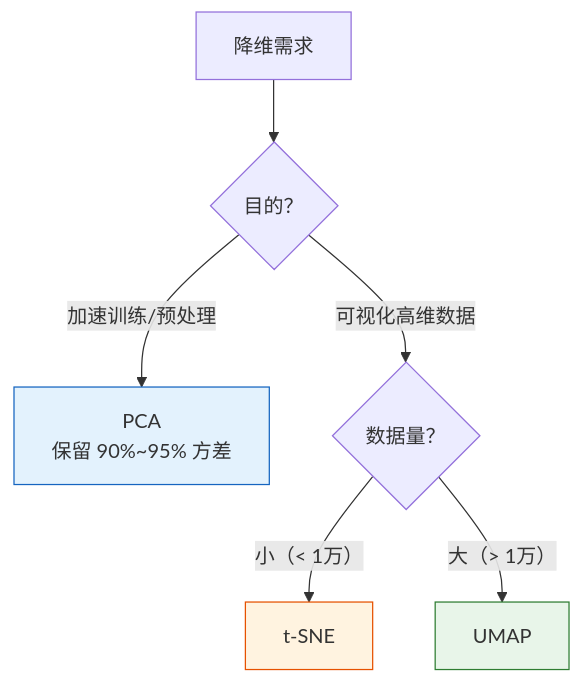
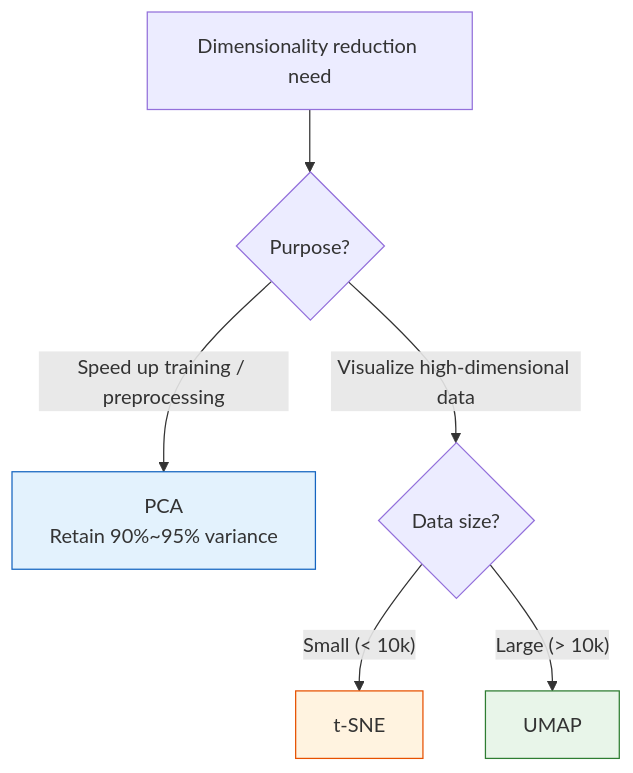
One commit to oudbiao/AI-fullstack-course changed the second of 2 diagrams in docs/ch05-machine-learning/ch03-unsupervised/02-dimensionality-reduction.md. Above: the diagram before and after it, drawn with Mermaid. The commit also changed other lines of this file and 1406 other files, not shown here.

````diff
--- a/docs/ch05-machine-learning/ch03-unsupervised/02-dimensionality-reduction.md
+++ b/docs/ch05-machine-learning/ch03-unsupervised/02-dimensionality-reduction.md
@@ -469,12 +469,12 @@
 ```mermaid
 flowchart TD
-    Q["降维需求"] --> Q1{"目的？"}
-    Q1 -->|"加速训练/预处理"| PCA["PCA<br/>保留 90%~95% 方差"]
-    Q1 -->|"可视化高维数据"| Q2{"数据量？"}
-    Q2 -->|"小（< 1万）"| TSNE["t-SNE"]
-    Q2 -->|"大（> 1万）"| UMAP["UMAP"]
+    Q["Dimensionality reduction need"] --> Q1{"Purpose?"}
+    Q1 -->|"Speed up training / preprocessing"| PCA["PCA<br/>Retain 90%~95% variance"]
+    Q1 -->|"Visualize high-dimensional data"| Q2{"Data size?"}
+    Q2 -->|"Small (< 10k)"| TSNE["t-SNE"]
+    Q2 -->|"Large (> 10k)"| UMAP["UMAP"]
 
     style PCA fill:#e3f2fd,stroke:#1565c0,color:#333
     style TSNE fill:#fff3e0,stroke:#e65100,color:#333
     style UMAP fill:#e8f5e9,stroke:#2e7d32,color:#333
 ```
````
